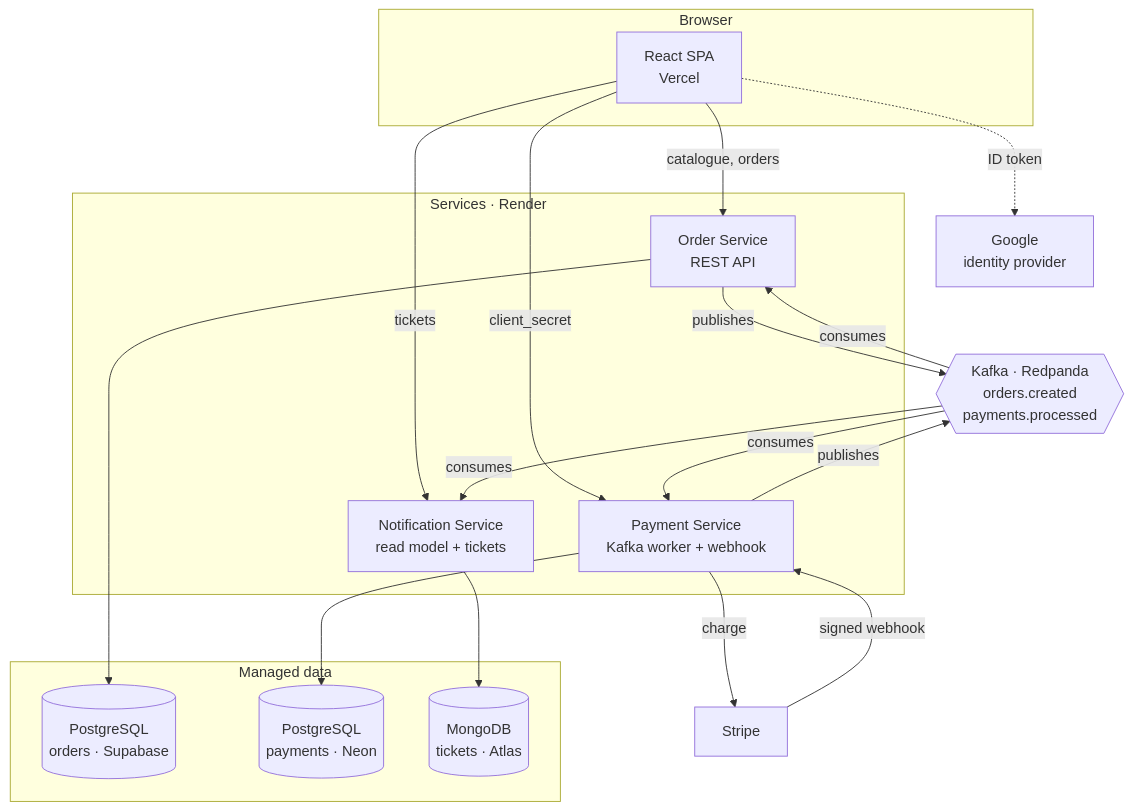
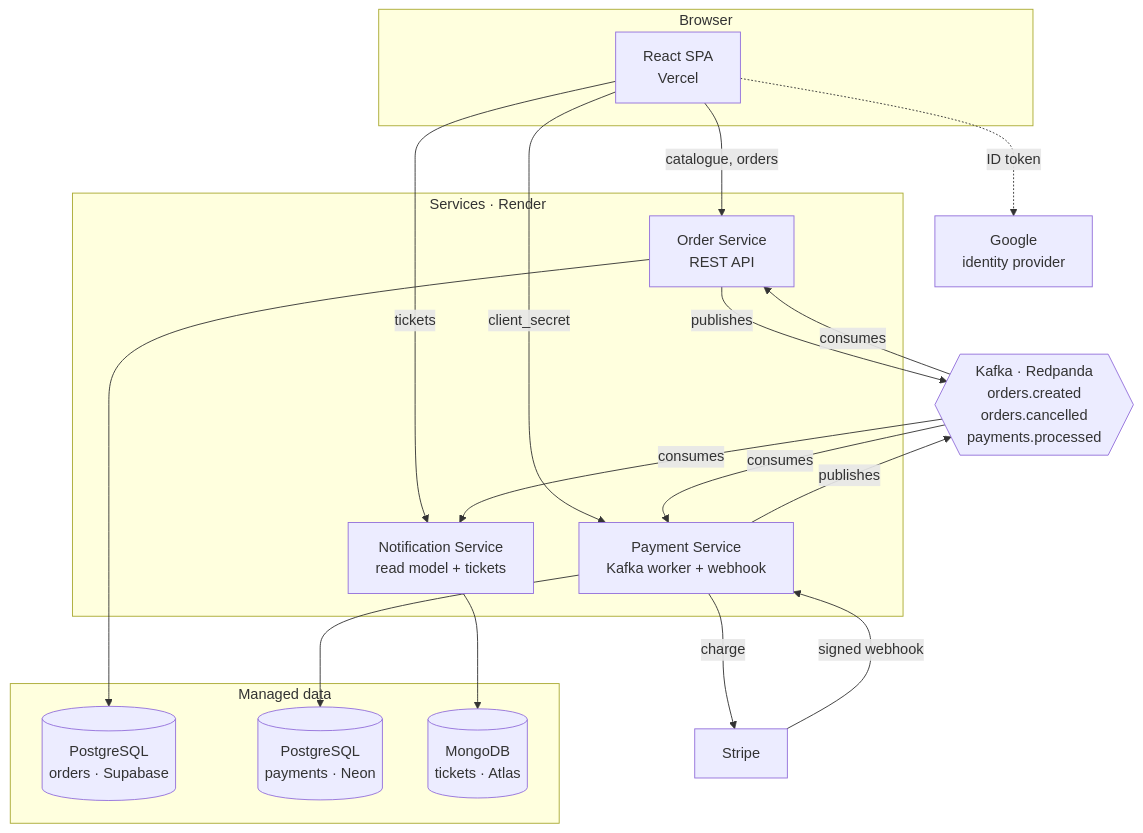
One commit to patrickpriebe/ticketflow changed the diagram in README.md. Above: the diagram before and after it, drawn with Mermaid. The commit also changed 2 other files, not shown here.

Commit message:
docs: diagrama de arquitetura atualizado e ilustracoes no artigo
O mermaid do README listava so orders.created e payments.processed, e o
cancelamento ja e um topico proprio ha dois commits. Diagrama que contradiz o
texto e pior que diagrama nenhum, ainda mais indo para o Medium.

O artigo ganhou tres imagens, cada uma onde prova alguma coisa: o diagrama na
secao da regra de nao haver chamada sincrona (o que ele mostra e a AUSENCIA de
seta entre servicos), a tela do pedido pago na abertura, e o Grafana justamente
na secao sobre o painel que nunca teve dado. Tres, e nao as onze capturas — o
artigo e sobre defeitos, nao um album.

O PNG do diagrama entra versionado em docs/img/ em vez de linkar o mermaid.ink:
a URL de renderizacao tem 1200 caracteres e depende de um servico de terceiro
que, caindo, deixa o artigo publicado sem a imagem.

````diff
--- a/README.md
+++ b/README.md
@@ -126,40 +126,40 @@
 ```mermaid
 flowchart TB
     subgraph browser["Browser"]
         FE["React SPA<br/>Vercel"]
     end
 
     subgraph services["Services · Render"]
         OS["Order Service<br/>REST API"]
         PS["Payment Service<br/>Kafka worker + webhook"]
         NS["Notification Service<br/>read model + tickets"]
     end
 
     subgraph data["Managed data"]
         PG1[("PostgreSQL<br/>orders · Supabase")]
         PG2[("PostgreSQL<br/>payments · Neon")]
         MG[("MongoDB<br/>tickets · Atlas")]
     end
 
-    K{{"Kafka · Redpanda<br/>orders.created<br/>payments.processed"}}
+    K{{"Kafka · Redpanda<br/>orders.created<br/>orders.cancelled<br/>payments.processed"}}
     ST["Stripe"]
     GO["Google<br/>identity provider"]
 
     FE -->|"catalogue, orders"| OS
     FE -->|"client_secret"| PS
     FE -->|"tickets"| NS
     FE -.->|"ID token"| GO
 
     OS --> PG1
     PS --> PG2
     NS --> MG
 
     OS -->|"publishes"| K
     K -->|"consumes"| PS
     PS -->|"publishes"| K
     K -->|"consumes"| OS
     K -->|"consumes"| NS
 
     PS -->|"charge"| ST
     ST -->|"signed webhook"| PS
 ```
````
